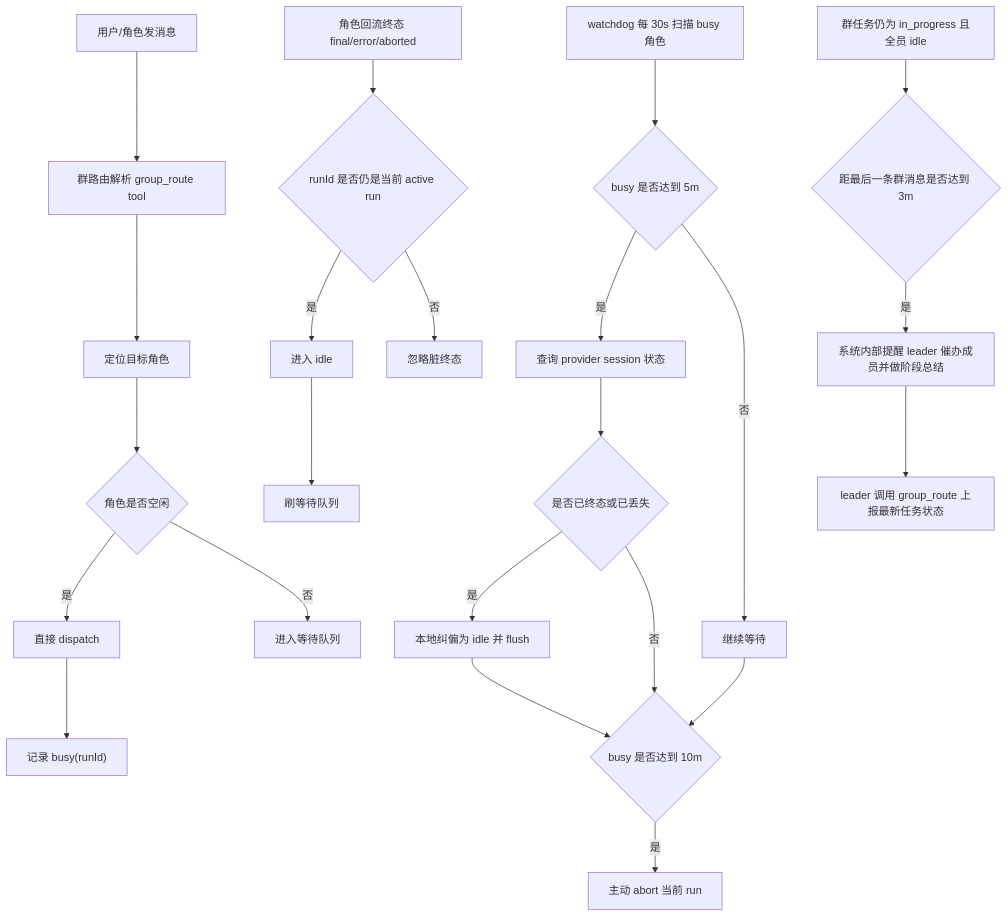
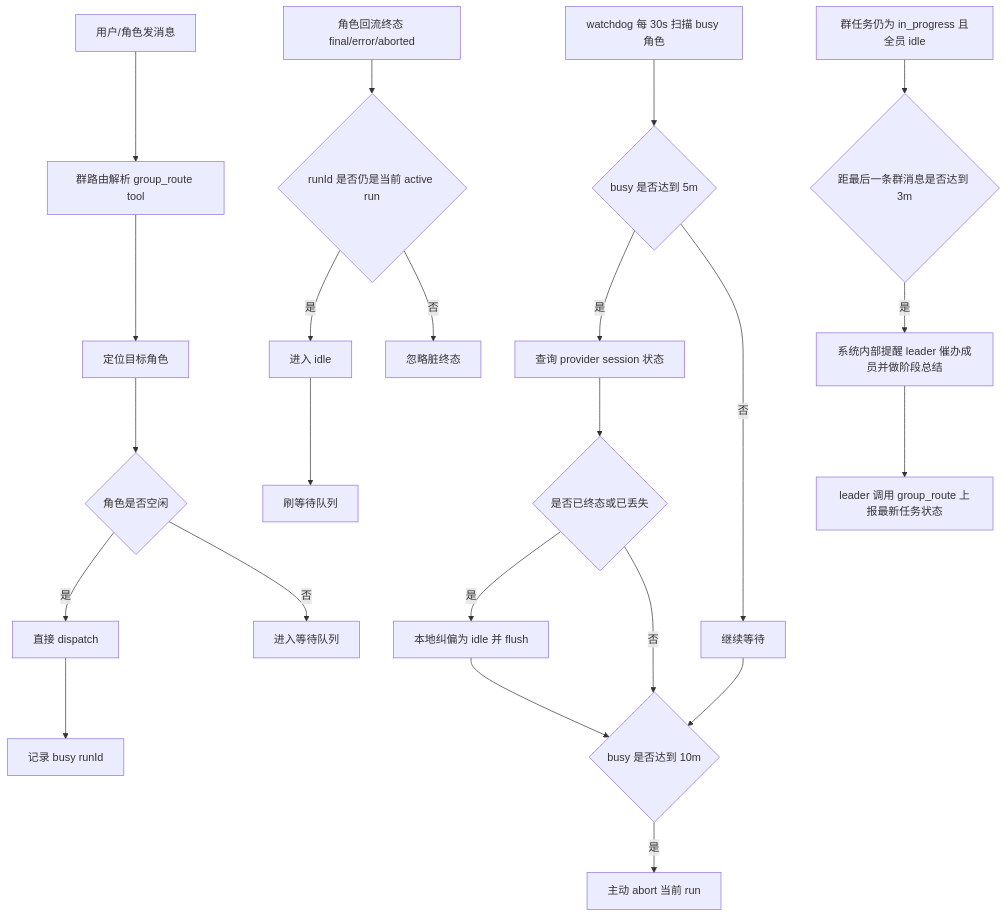
The second of 2 diagrams in docs/group-technical-design.md (mattt-s/Chatbot), drawn with Mermaid before and after one commit. The commit also changed other lines of this file, not shown here.

Commit message:
mermaid format

````diff
--- a/docs/group-technical-design.md
+++ b/docs/group-technical-design.md
@@ -349,28 +349,28 @@
 ```mermaid
 flowchart TD
     A["用户/角色发消息"] --> B["群路由解析 group_route tool"]
     B --> C["定位目标角色"]
     C --> D{"角色是否空闲"}
     D -->|是| E["直接 dispatch"]
-    E --> F["记录 busy(runId)"]
+    E --> F["记录 busy runId"]
     D -->|否| G["进入等待队列"]
 
     H["角色回流终态 final/error/aborted"] --> I{"runId 是否仍是当前 active run"}
     I -->|是| J["进入 idle"]
     J --> K["刷等待队列"]
     I -->|否| L["忽略脏终态"]
 
     M["watchdog 每 30s 扫描 busy 角色"] --> N{"busy 是否达到 5m"}
     N -->|是| O["查询 provider session 状态"]
     O --> P{"是否已终态或已丢失"}
     P -->|是| Q["本地纠偏为 idle 并 flush"]
     N -->|否| R["继续等待"]
     Q --> S{"busy 是否达到 10m"}
     R --> S
     P -->|否| S
     S -->|是| T["主动 abort 当前 run"]
 
     U["群任务仍为 in_progress 且全员 idle"] --> V{"距最后一条群消息是否达到 3m"}
     V -->|是| W["系统内部提醒 leader 催办成员并做阶段总结"]
     W --> X["leader 调用 group_route 上报最新任务状态"]
 ```
````
